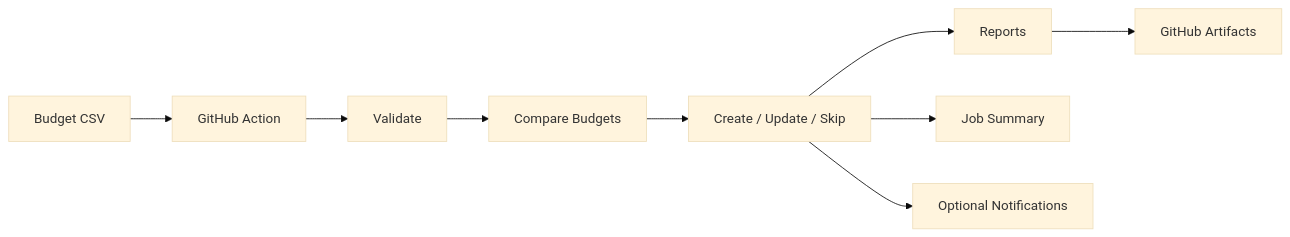
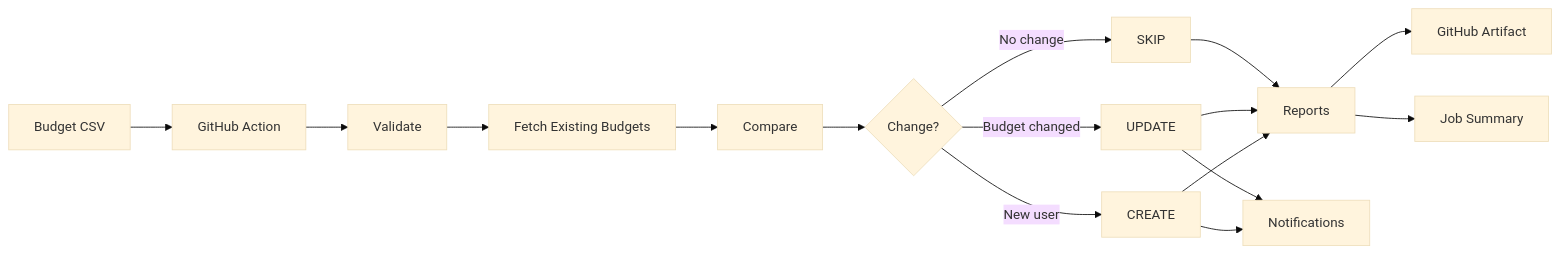
The diagram in README.md (xebia-playground/GitHub-Copilot-Budget-Guardian), drawn with Mermaid (base theme) before and after one commit. The commit also changed other lines of this file, not shown here.

````diff
--- a/README.md
+++ b/README.md
@@ -21,11 +36,18 @@
 ```mermaid
 flowchart LR
     A[Budget CSV] --> B[GitHub Action]
     B --> C[Validate]
-    C --> D[Compare Budgets]
-    D --> E[Create / Update / Skip]
-    E --> F[Reports]
-    F --> G[GitHub Artifacts]
-    E --> H[Job Summary]
-    E --> I[Optional Notifications]
+    C --> D[Fetch Existing Budgets]
+    D --> E[Compare]
+    E --> F{Change?}
+    F -->|New user| G[CREATE]
+    F -->|Budget changed| H[UPDATE]
+    F -->|No change| I[SKIP]
+    G --> J[Reports]
+    H --> J
+    I --> J
+    J --> K[GitHub Artifact]
+    J --> L[Job Summary]
+    G --> M[Notifications]
+    H --> M
 ```
````
